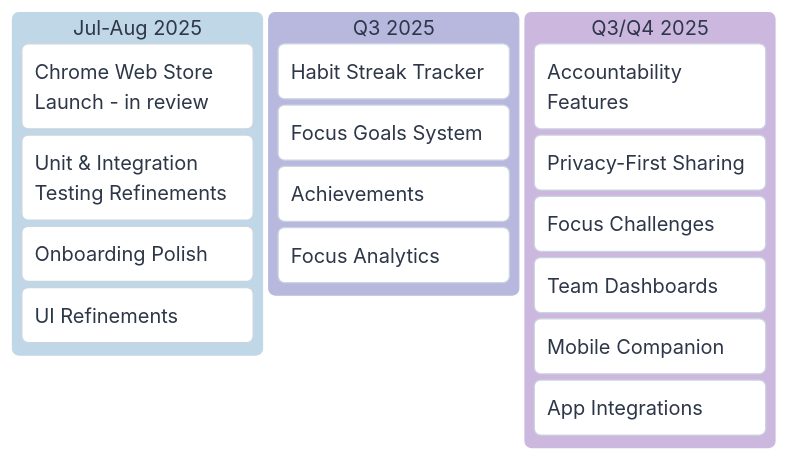
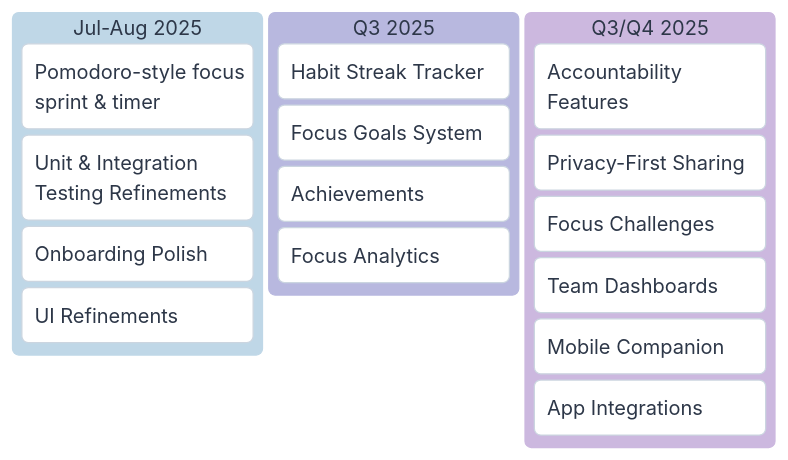
One commit to andy-carroll/focusguard-chrome-extension changed the diagram in ROADMAP.md. Above: the diagram before and after it, drawn with Mermaid. The commit also changed other lines of this file, not shown here.

Commit message:
docs: update roadmap with Chrome Web Store launch completion and new features

````diff
--- a/ROADMAP.md
+++ b/ROADMAP.md
@@ -31,38 +35,38 @@
 ```mermaid
 %%{init: {
   'theme': 'base',
   'themeVariables': {
     'background': '#ffffff',
     'primaryColor': '#edf2f7',
     'secondaryColor': '#d3dff3',
     'tertiaryColor': '#f7fafc',
     'primaryTextColor': '#2d3748',
     'secondaryTextColor': '#2d3748',
     'tertiaryTextColor': '#2d3748',
     'primaryBorderColor': '#cbd5e0',
     'lineColor': '#a0aec0',
     'textColor': '#2d3748',
     'titleColor': '#2d3748'
   }
 }}%%
 kanban
     NOW (Jul-Aug 2025)
-        [Chrome Web Store Launch - in review]
+        [Pomodoro-style focus sprint & timer]
         [Unit & Integration Testing Refinements]
         [Onboarding Polish]
         [UI Refinements]
 
     NEXT (Q3 2025)
         [Habit Streak Tracker]
         [Focus Goals System]
         [Achievements]
         [Focus Analytics]
 
     LATER (Q3/Q4 2025)
         [Accountability Features]
         [Privacy-First Sharing]
         [Focus Challenges]
         [Team Dashboards]
         [Mobile Companion]
         [App Integrations]
 ```
````
